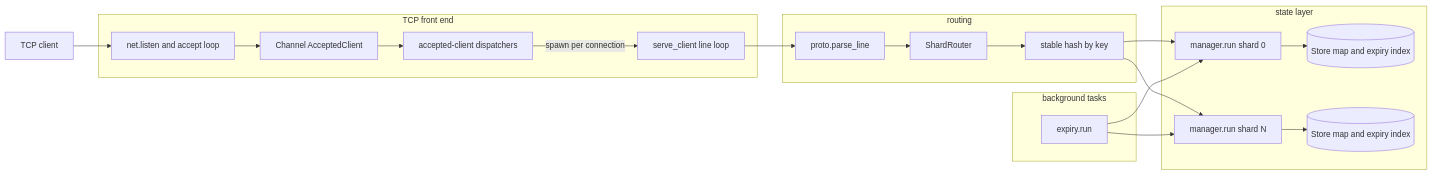
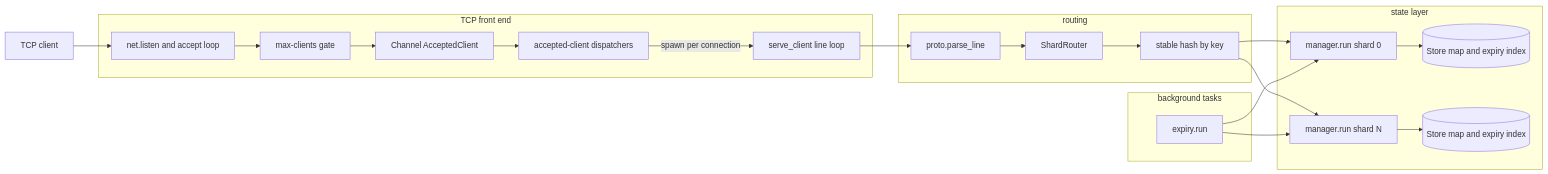
The first of 6 diagrams in ARCHITECTURE.md (vovakirdan/surgekv), drawn with Mermaid before and after one commit. The commit also changed other lines of this file and 11 other files, not shown here.

````diff
--- a/ARCHITECTURE.md
+++ b/ARCHITECTURE.md
@@ -26,40 +28,42 @@
 ```mermaid
 flowchart LR
     subgraph TCP["TCP front end"]
         Listener["net.listen and accept loop"]
+        Limit["max-clients gate"]
         Queue["Channel AcceptedClient"]
         Workers["accepted-client dispatchers"]
         ClientLoop["serve_client line loop"]
     end
 
     subgraph Routing["routing"]
         Parser["proto.parse_line"]
         Router["ShardRouter"]
         Hash["stable hash by key"]
     end
 
     subgraph State["state layer"]
         Shard0["manager.run shard 0"]
         ShardN["manager.run shard N"]
         Store0[("Store map and expiry index")]
         StoreN[("Store map and expiry index")]
     end
 
     subgraph Background["background tasks"]
         Expiry["expiry.run"]
     end
 
     Client["TCP client"] --> Listener
-    Listener --> Queue
+    Listener --> Limit
+    Limit --> Queue
     Queue --> Workers
     Workers -->|"spawn per connection"| ClientLoop
     ClientLoop --> Parser
     Parser --> Router
     Router --> Hash
     Hash --> Shard0
     Hash --> ShardN
     Shard0 --> Store0
     ShardN --> StoreN
     Expiry --> Shard0
     Expiry --> ShardN
 ```
````
